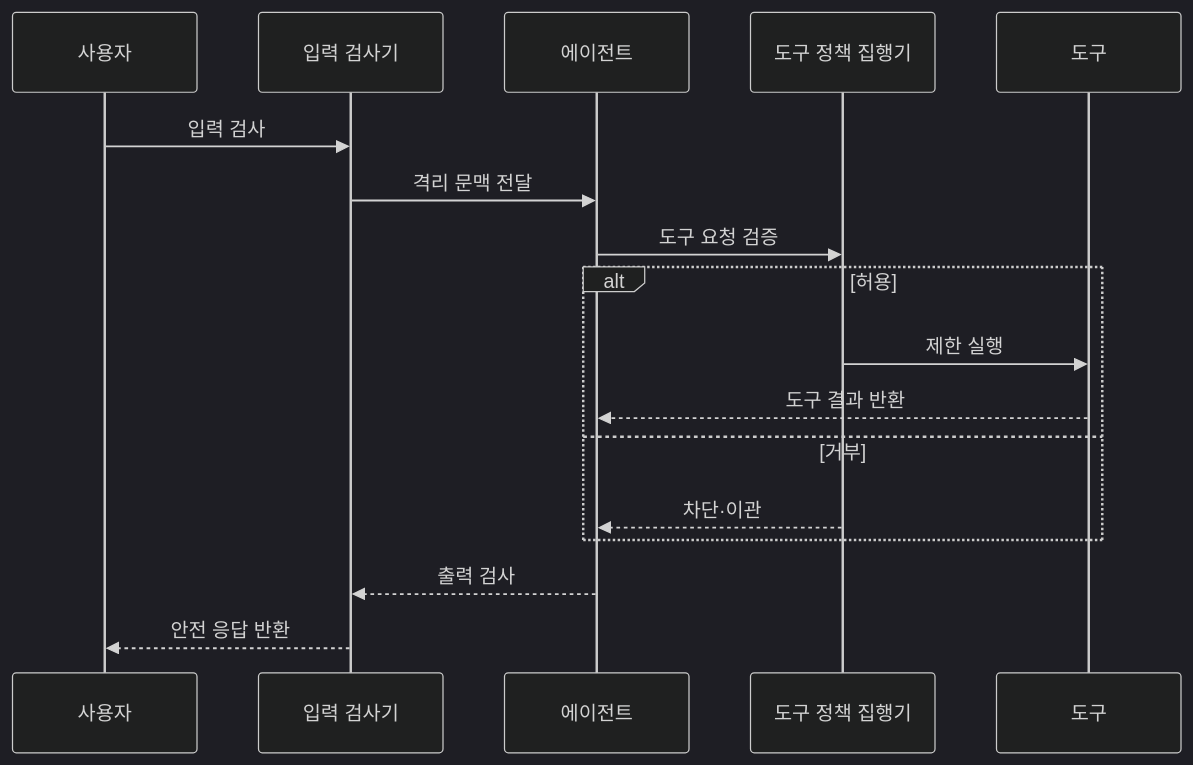
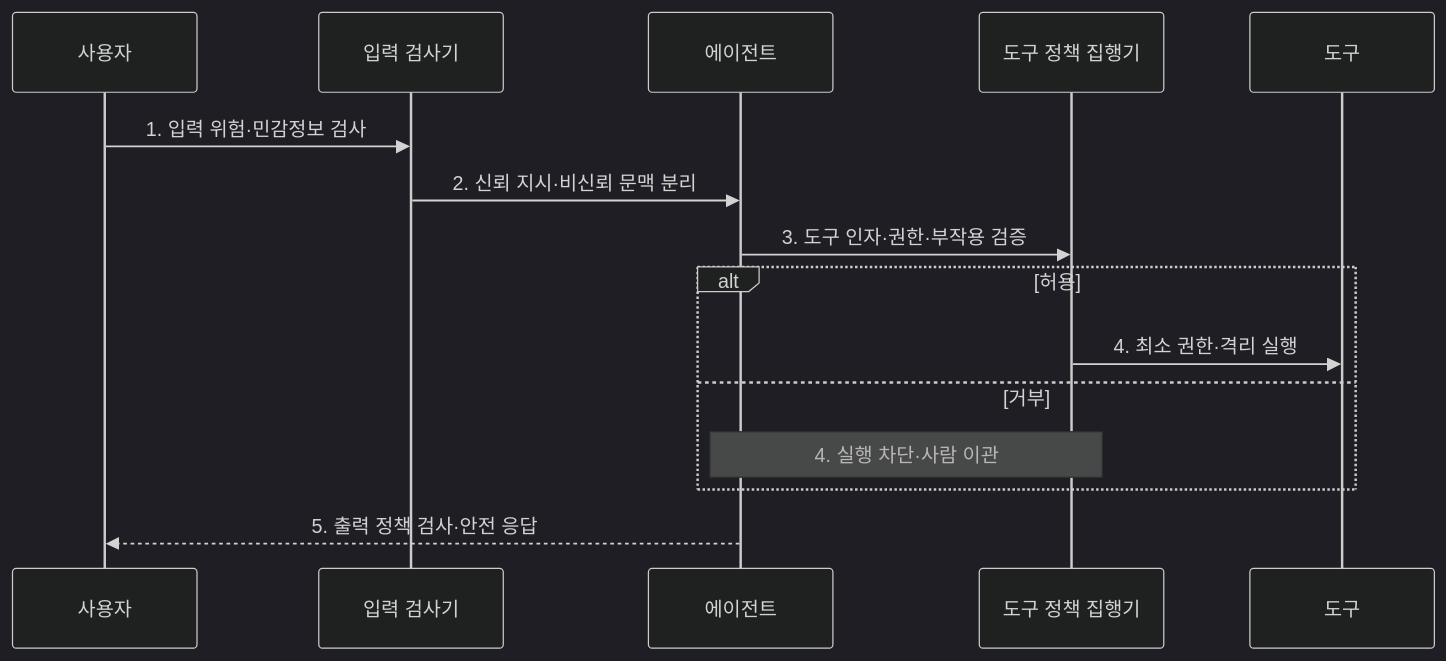
Before and after one commit to agnusdei1207/knowledge-base: the second of 2 diagrams in src/content/docs/notes/08-latest-tech/022_agent_guardrail.md, drawn with Mermaid (dark theme). The commit also changed other lines of this file and 26 other files, not shown here.

````diff
--- a/src/content/docs/notes/08-latest-tech/022_agent_guardrail.md
+++ b/src/content/docs/notes/08-latest-tech/022_agent_guardrail.md
@@ -80,19 +72,17 @@
 ```mermaid
 sequenceDiagram
     participant U as 사용자
     participant I as 입력 검사기
     participant A as 에이전트
     participant P as 도구 정책 집행기
     participant T as 도구
-    U->>I: 입력 검사
-    I->>A: 격리 문맥 전달
-    A->>P: 도구 요청 검증
+    U->>I: 1. 입력 위험·민감정보 검사
+    I->>A: 2. 신뢰 지시·비신뢰 문맥 분리
+    A->>P: 3. 도구 인자·권한·부작용 검증
     alt 허용
-        P->>T: 제한 실행
-        T-->>A: 도구 결과 반환
+        P->>T: 4. 최소 권한·격리 실행
     else 거부
-        P-->>A: 차단·이관
+        Note over P,A: 4. 실행 차단·사람 이관
     end
-    A-->>I: 출력 검사
-    I-->>U: 안전 응답 반환
+    A-->>U: 5. 출력 정책 검사·안전 응답
 ```
````
